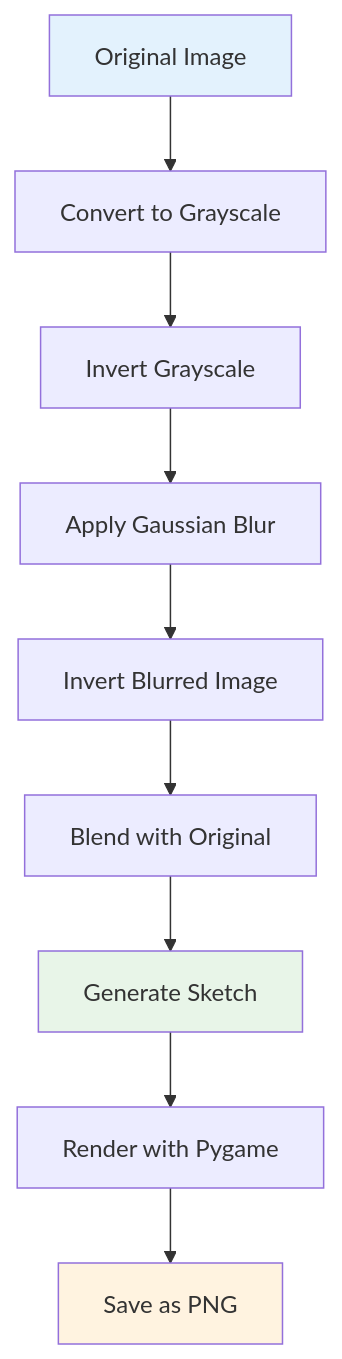
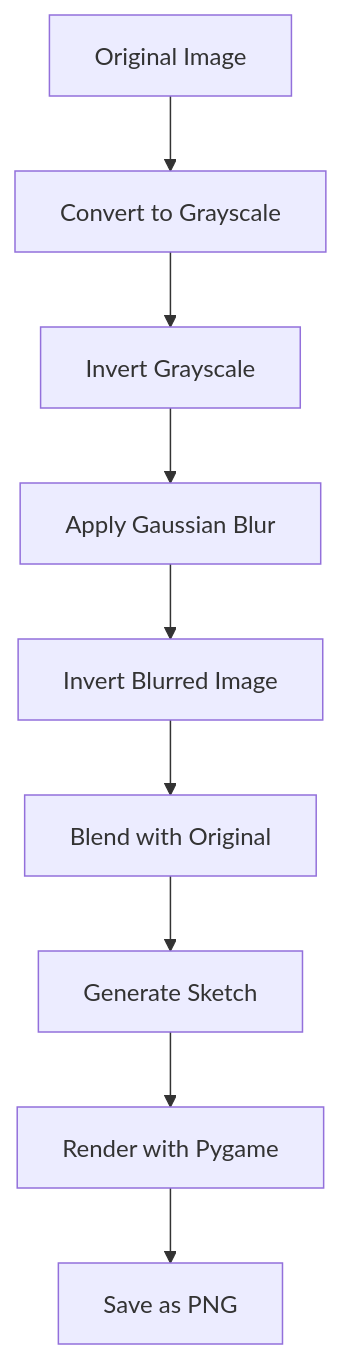
One commit to devtitus/DoodlePic-Project changed the fourth of 4 diagrams in README.md. Above: the diagram before and after it, drawn with Mermaid.

Commit message:
Remove unnecessary style definitions from flowcharts in README.md

````diff
--- a/README.md
+++ b/README.md
@@ -225,15 +225,12 @@
 ```mermaid
 flowchart TD
     A[Original Image] --> B[Convert to Grayscale]
     B --> C[Invert Grayscale]
     C --> D[Apply Gaussian Blur]
     D --> E[Invert Blurred Image]
     E --> F[Blend with Original]
     F --> G[Generate Sketch]
     G --> H[Render with Pygame]
     H --> I[Save as PNG]
 
-    style A fill:#e3f2fd
-    style G fill:#e8f5e8
-    style I fill:#fff3e0
 ```
````
